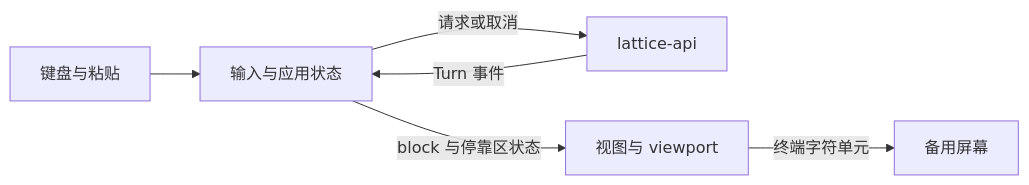
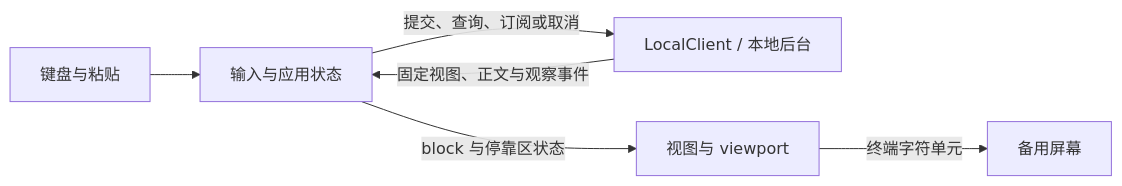
The diagram in docs/architecture/tui.md (Skyline10124/lattice), drawn with Mermaid before and after one commit. The commit also changed other lines of this file and 13 other files, not shown here.

````diff
--- a/docs/architecture/tui.md
+++ b/docs/architecture/tui.md
@@ -31,8 +33,8 @@
 ```mermaid
 flowchart LR
     K["键盘与粘贴"] --> I["输入与应用状态"]
-    I -->|请求或取消| A["lattice-api"]
-    A -->|Turn 事件| I
+    I -->|提交、查询、订阅或取消| A["LocalClient / 本地后台"]
+    A -->|固定视图、正文与观察事件| I
     I -->|block 与停靠区状态| V["视图与 viewport"]
     V -->|终端字符单元| T["备用屏幕"]
 ```
````
